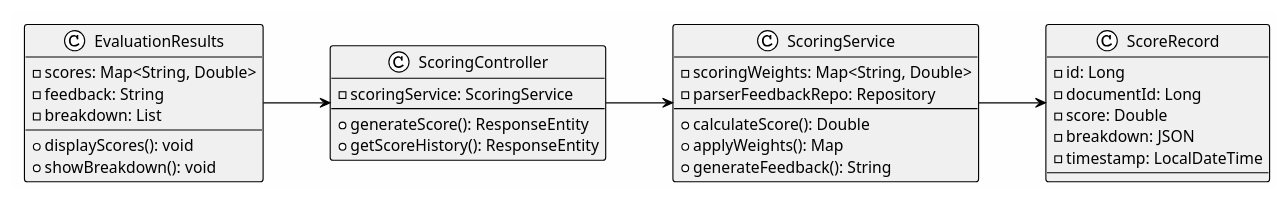
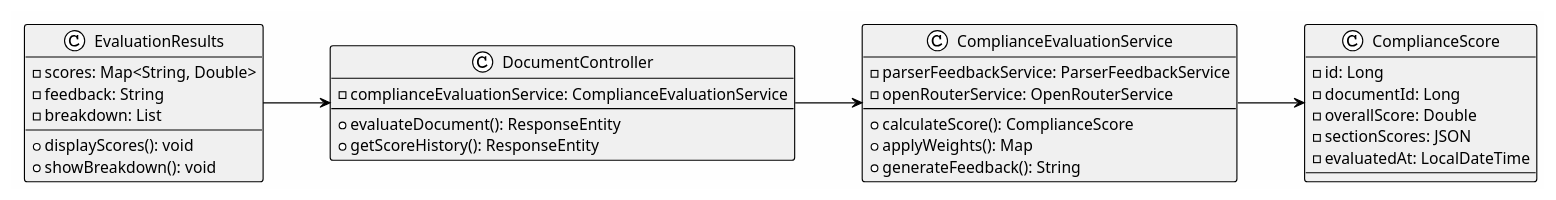
The first of 8 diagrams in Capstone Files/Module4.md (lawas-tess/SPMP-Evaluator), drawn with PlantUML before and after one commit. The commit also changed other lines of this file and 8 other files, not shown here.

Commit message:
Add AI integration architecture docs, PlantUML diagrams, and presentation script; Update modules with hybrid AI approach; Switch to Amazon Nova model with timeout protection

````diff
--- a/Capstone Files/Module4.md
+++ b/Capstone Files/Module4.md
@@ -372,45 +383,45 @@
 ```plantuml
 @startuml ScoreGeneration_ClassDiagram
 !theme plain
 left to right direction
 skinparam backgroundColor #FEFEFE
 skinparam classBackgroundColor #F0F0F0
 
 class EvaluationResults {
   - scores: Map<String, Double>
   - feedback: String
   - breakdown: List
   --
   + displayScores(): void
   + showBreakdown(): void
 }
 
-class ScoringController {
-  - scoringService: ScoringService
+class DocumentController {
+  - complianceEvaluationService: ComplianceEvaluationService
   --
-  + generateScore(): ResponseEntity
+  + evaluateDocument(): ResponseEntity
   + getScoreHistory(): ResponseEntity
 }
 
-class ScoringService {
-  - scoringWeights: Map<String, Double>
-  - parserFeedbackRepo: Repository
+class ComplianceEvaluationService {
+  - parserFeedbackService: ParserFeedbackService
+  - openRouterService: OpenRouterService
   --
-  + calculateScore(): Double
+  + calculateScore(): ComplianceScore
   + applyWeights(): Map
   + generateFeedback(): String
 }
 
-class ScoreRecord {
+class ComplianceScore {
   - id: Long
   - documentId: Long
-  - score: Double
-  - breakdown: JSON
-  - timestamp: LocalDateTime
+  - overallScore: Double
+  - sectionScores: JSON
+  - evaluatedAt: LocalDateTime
 }
 
-EvaluationResults --> ScoringController
-ScoringController --> ScoringService
-ScoringService --> ScoreRecord
+EvaluationResults --> DocumentController
+DocumentController --> ComplianceEvaluationService
+ComplianceEvaluationService --> ComplianceScore
 @enduml
 ```
````
